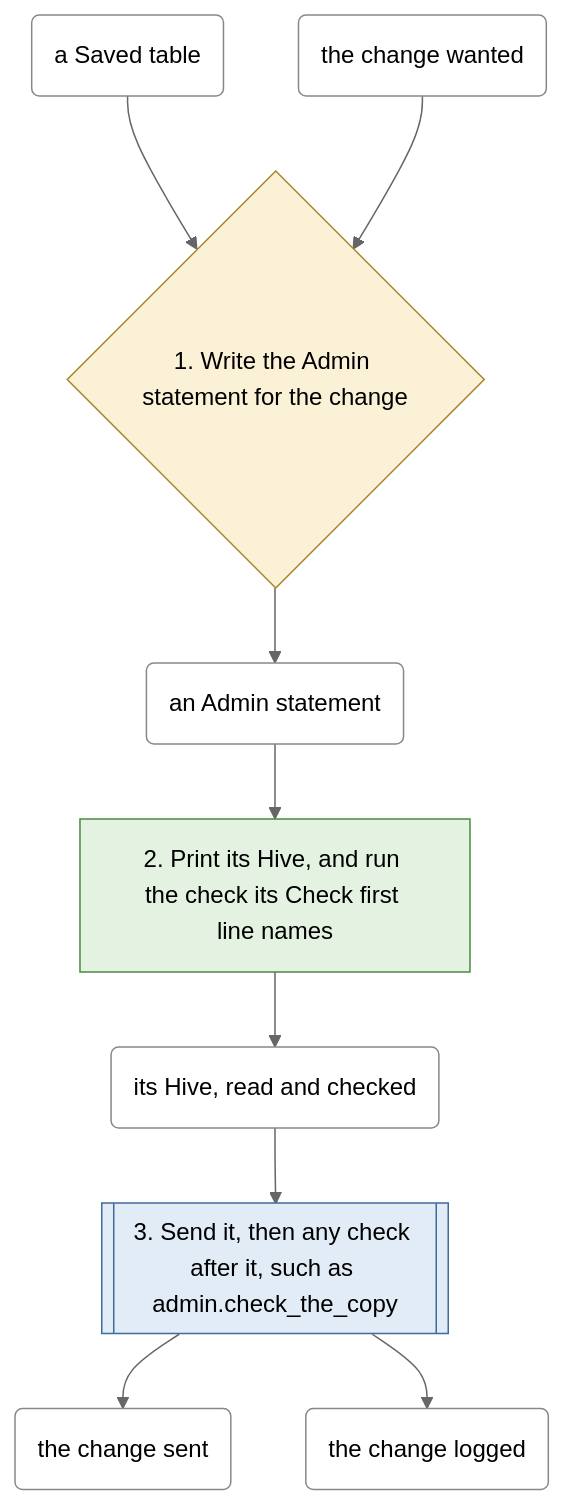
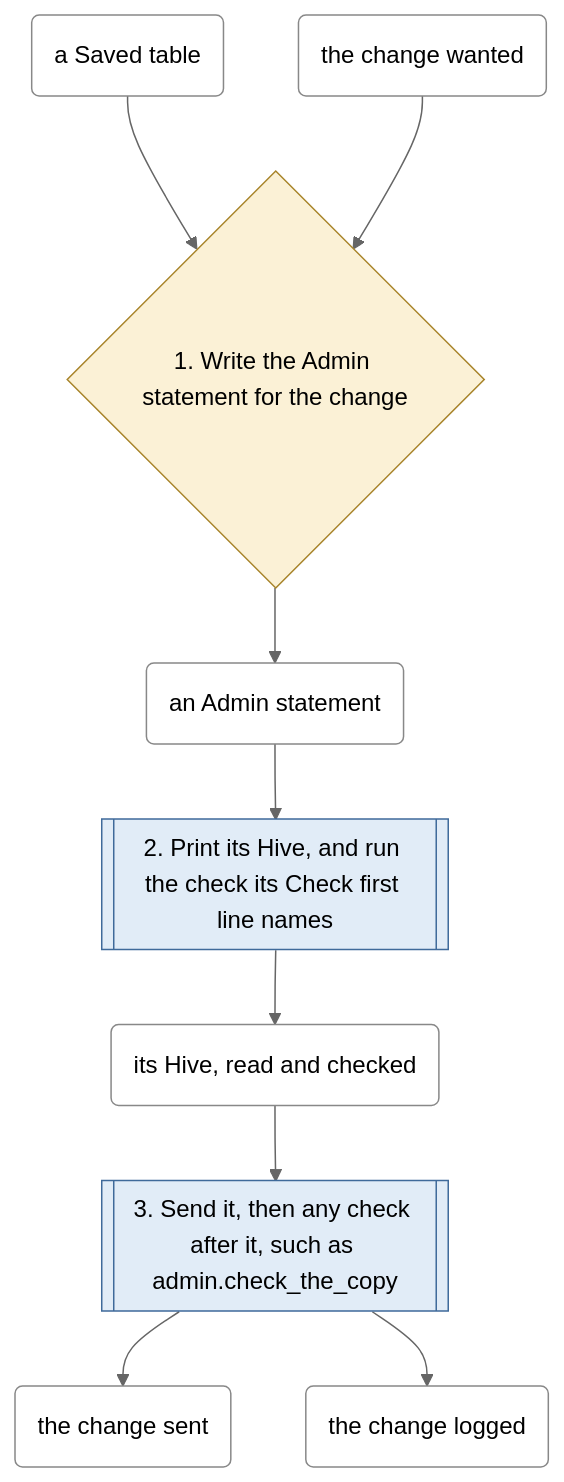
One commit to EdgyPage/SQL-Composer changed the seventh of 8 diagrams in .github/README.md. Above: the diagram before and after it, drawn with Mermaid (neutral theme). The commit also changed other lines of this file and 152 other files, not shown here.

````diff
--- a/.github/README.md
+++ b/.github/README.md
@@ -746,24 +1098,23 @@
 ```mermaid
 flowchart TD
     s0{"1. Write the Admin statement for the change"}:::your_decision
-    s1["2. Print its Hive, and run the check its Check first line names"]:::files_only
+    s1[["2. Print its Hive, and run the check its Check first line names"]]:::warehouse_call
     s2[["3. Send it, then any check after it, such as admin.check_the_copy"]]:::warehouse_call
     t0("a Saved table"):::thing
     t1("the change wanted"):::thing
     t2("an Admin statement"):::thing
     t3("its Hive, read and checked"):::thing
     t4("the change sent"):::thing
     t5("the change logged"):::thing
     t0 --> s0
     t1 --> s0
     s0 --> t2
     t2 --> s1
     s1 --> t3
     t3 --> s2
     s2 --> t4
     s2 --> t5
-    classDef files_only fill:#e3f2e1,stroke:#4a8a3f
     classDef warehouse_call fill:#e1ecf7,stroke:#3f6a9a
     classDef your_decision fill:#fbf1d6,stroke:#a8842a
     classDef thing fill:#ffffff,stroke:#888888
 ```
````
